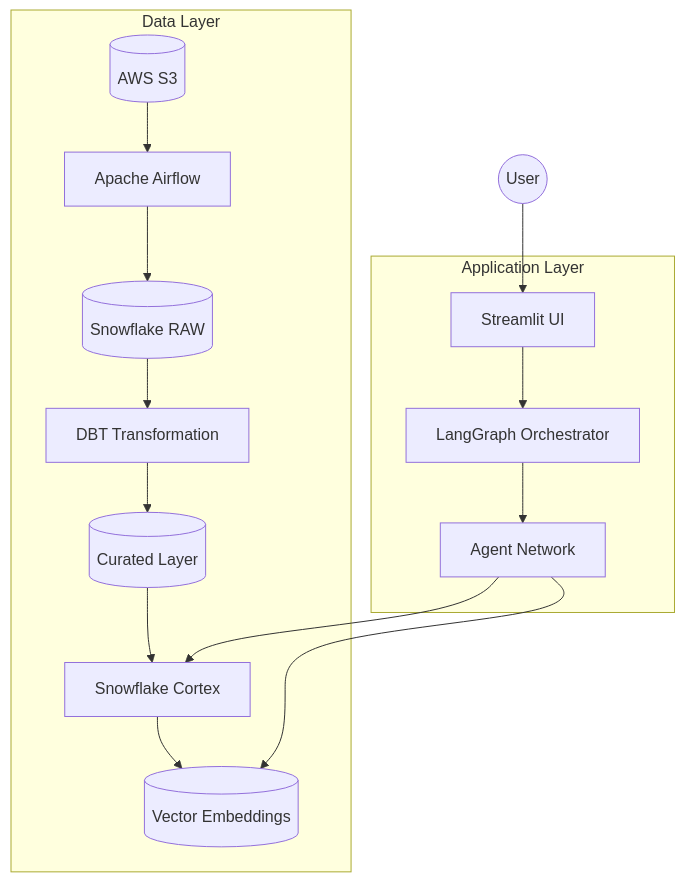
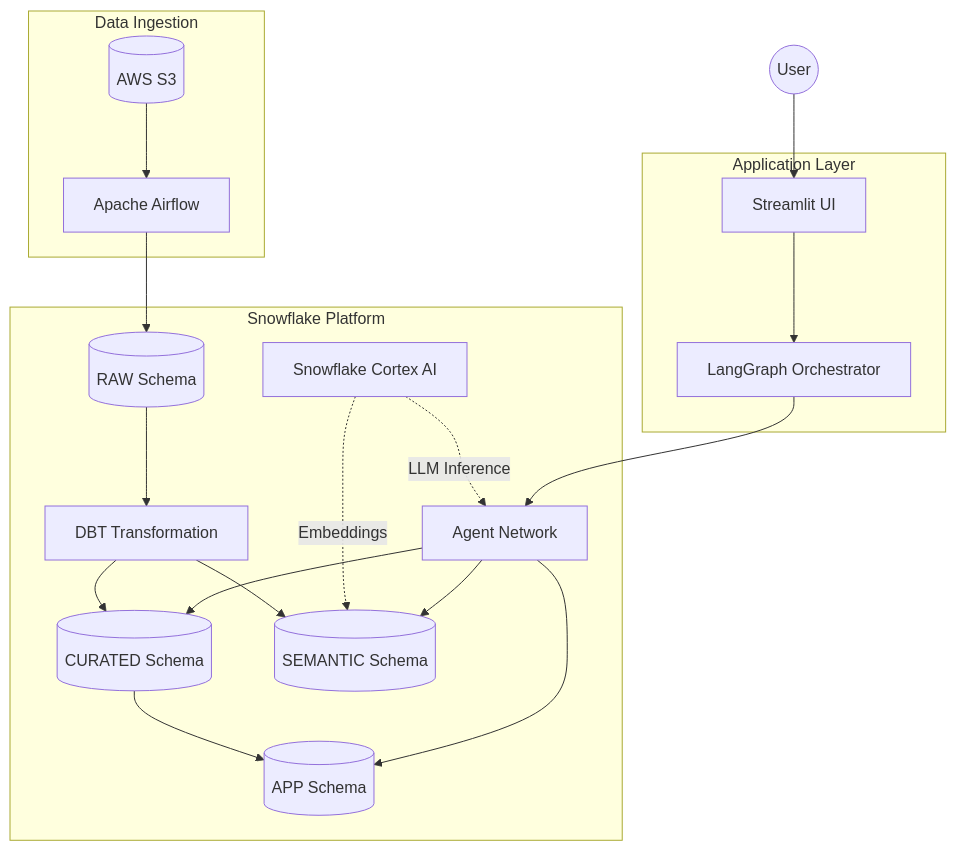
Before and after one commit to mihir-rahate/TED_Agent_AI: the first of 6 diagrams in README.md, drawn with Mermaid. The commit also changed other lines of this file, not shown here.

Commit message:
Update README with new project details and features

````diff
--- a/README.md
+++ b/README.md
@@ -63,20 +63,28 @@
 ```mermaid
 graph TD
-    subgraph "Data Layer"
+    subgraph "Data Ingestion"
         S3[(AWS S3)] --> Airflow[Apache Airflow]
-        Airflow --> SF[(Snowflake RAW)]
-        SF --> DBT[DBT Transformation]
-        DBT --> Curated[(Curated Layer)]
-        Curated --> Cortex[Snowflake Cortex]
-        Cortex --> Embeddings[(Vector Embeddings)]
+    end
+    
+    subgraph "Snowflake Platform"
+        Airflow --> RAW[(RAW Schema)]
+        RAW --> DBT[DBT Transformation]
+        DBT --> CURATED[(CURATED Schema)]
+        DBT --> SEMANTIC[(SEMANTIC Schema)]
+        CURATED --> APP[(APP Schema)]
+        
+        CORTEX[Snowflake Cortex AI]
+        CORTEX -.->|Embeddings| SEMANTIC
+        CORTEX -.->|LLM Inference| Agents
     end
     
     subgraph "Application Layer"
         UI[Streamlit UI] --> LG[LangGraph Orchestrator]
         LG --> Agents[Agent Network]
-        Agents --> Cortex
-        Agents --> Embeddings
+        Agents --> CURATED
+        Agents --> SEMANTIC
+        Agents --> APP
     end
     
     User((User)) --> UI
 ```
````
